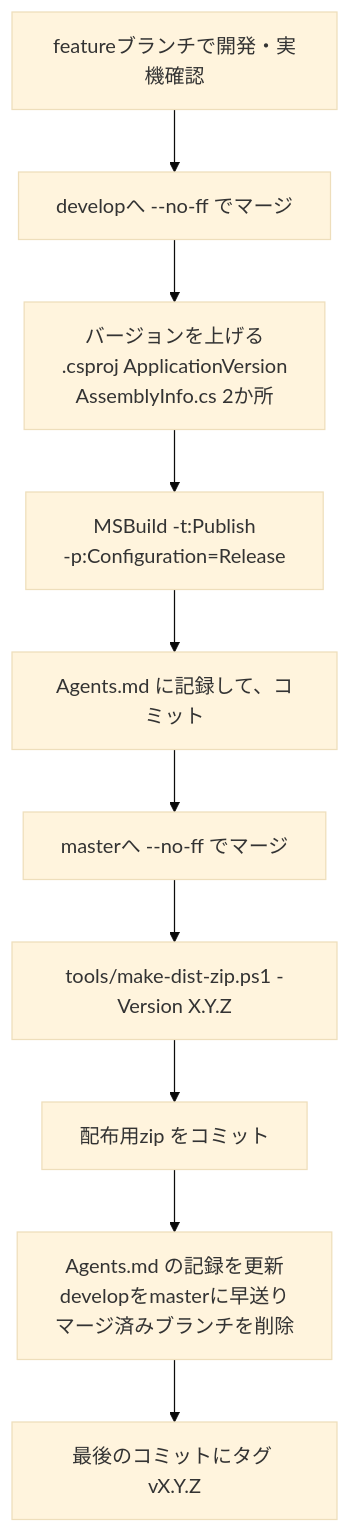
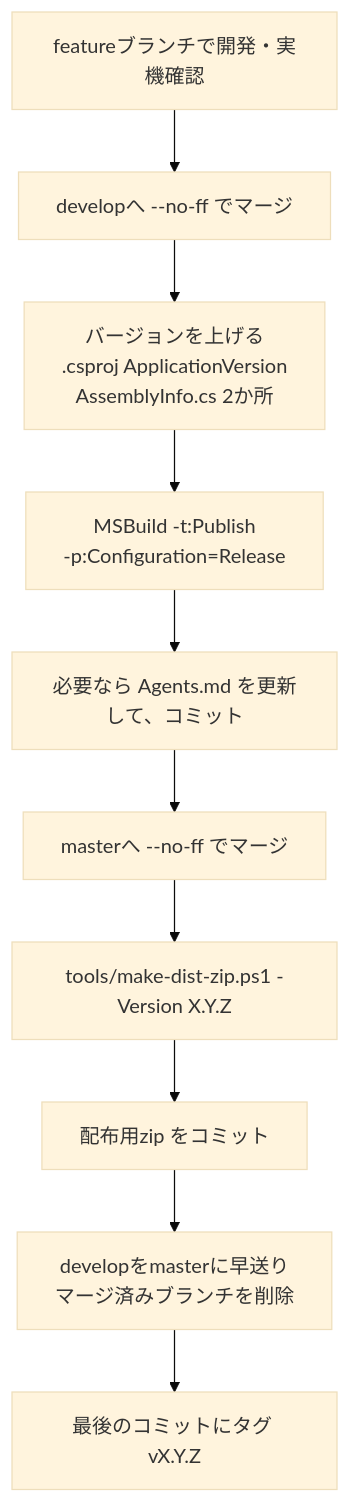
One commit to nk-taka623/VerticalSheetTabs changed the second of 2 diagrams in DEVELOPMENT.md. Above: the diagram before and after it, drawn with Mermaid (base theme). The commit also changed other lines of this file and 3 other files, not shown here.

````diff
--- a/DEVELOPMENT.md
+++ b/DEVELOPMENT.md
@@ -48,12 +53,12 @@
 ```mermaid
 flowchart TD
     A["featureブランチで開発・実機確認"] --> B["developへ --no-ff でマージ"]
     B --> C["バージョンを上げる<br/>.csproj ApplicationVersion<br/>AssemblyInfo.cs 2か所"]
     C --> D["MSBuild -t:Publish<br/>-p:Configuration=Release"]
-    D --> E["Agents.md に記録して、コミット"]
+    D --> E["必要なら Agents.md を更新して、コミット"]
     E --> F["masterへ --no-ff でマージ"]
     F --> G["tools/make-dist-zip.ps1 -Version X.Y.Z"]
     G --> H["配布用zip をコミット"]
-    H --> I["Agents.md の記録を更新<br/>developをmasterに早送り<br/>マージ済みブランチを削除"]
+    H --> I["developをmasterに早送り<br/>マージ済みブランチを削除"]
     I --> J["最後のコミットにタグ vX.Y.Z"]
 ```
````
